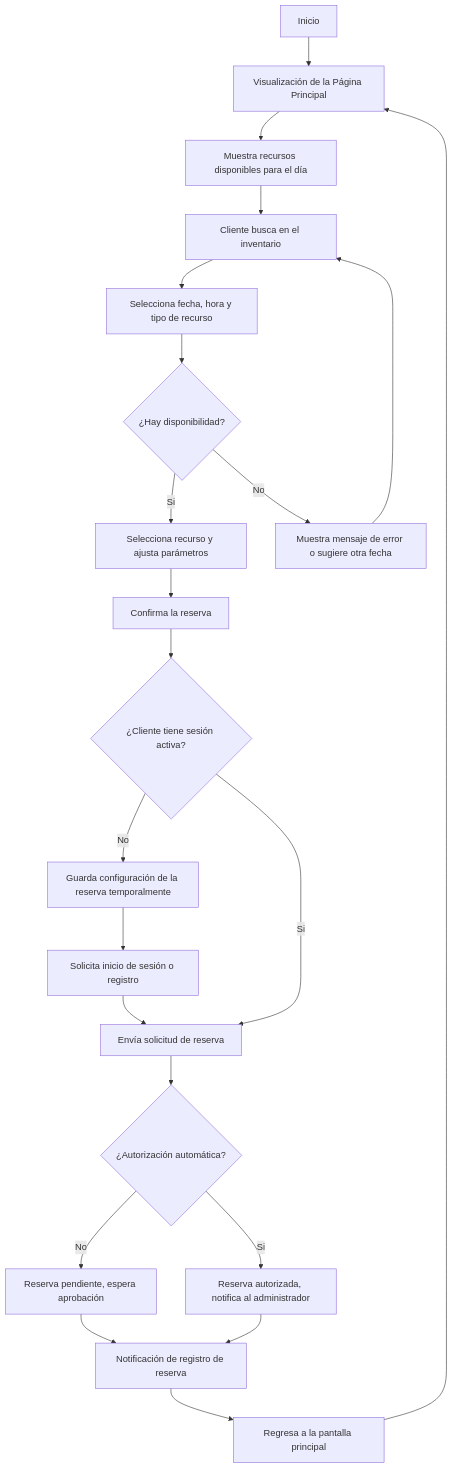
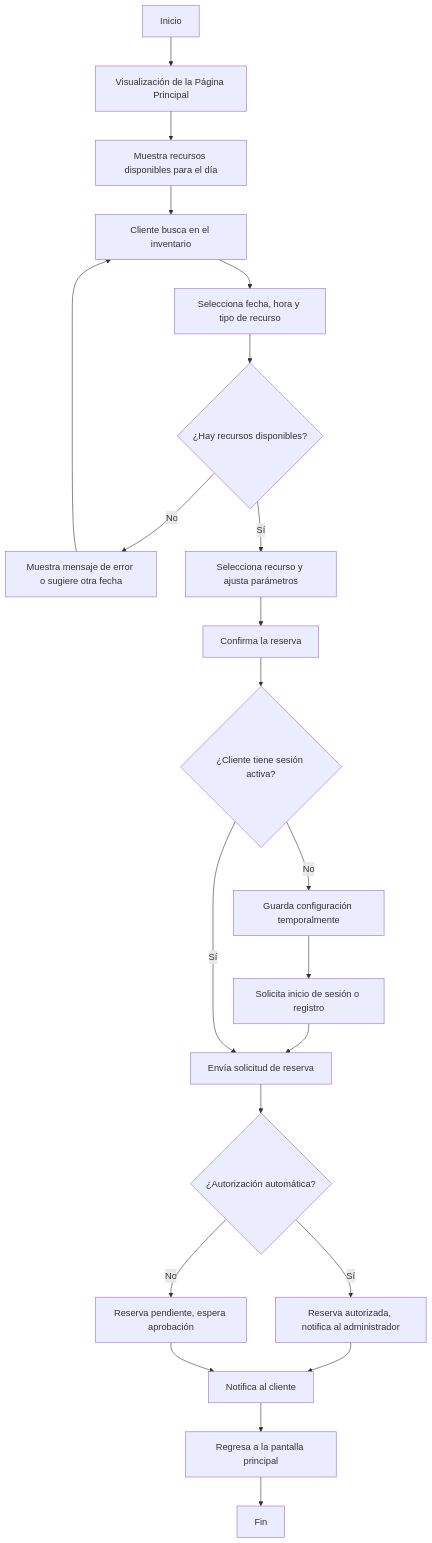
The fifth of 9 diagrams in docs/user-flow/reservation-flow.md (jose-angell/EventResourceReservationAppDocs), drawn with Mermaid before and after one commit. The commit also changed other lines of this file and 4 other files, not shown here.

Commit message:
se agregaron diagramas faltantes

````diff
--- a/docs/user-flow/reservation-flow.md
+++ b/docs/user-flow/reservation-flow.md
@@ -113,28 +190,29 @@
 ``` mermaid
 graph TD;
     A[Inicio] --> B[Visualización de la Página Principal]
     B --> C[Muestra recursos disponibles para el día]
     C --> D[Cliente busca en el inventario]
 
     D --> E[Selecciona fecha, hora y tipo de recurso]
-    E -->F{¿Hay disponibilidad?}
-    F -->|Si| H[Selecciona recurso y ajusta parámetros]
+    E --> F{¿Hay recursos disponibles?}
     F -->|No| G[Muestra mensaje de error o sugiere otra fecha]
     G --> D
+    F -->|Sí| H[Selecciona recurso y ajusta parámetros]
 
     H --> I[Confirma la reserva]
-    I -->J{¿Cliente tiene sesión activa?}
-    J -->|No| K[Guarda configuración de la reserva temporalmente]
-    K -->L[Solicita inicio de sesión o registro]
-    L --> M
+    I --> J{¿Cliente tiene sesión activa?}
+    J -->|No| K[Guarda configuración temporalmente]
+    K --> L[Solicita inicio de sesión o registro]
+    L --> M[Envía solicitud de reserva]
+    J -->|Sí| M
 
-    J -->|Si| M[Envía solicitud de reserva]
-    M --> N{¿Autorización automática?} 
-    N -->|No| O[Reserva pendiente, espera aprobación]
-    N -->|Si| P[Reserva autorizada, notifica al administrador]
-    O --> Q
+    M --> N{¿Autorización automática?}
+    N -->|Sí| O[Reserva autorizada, notifica al administrador]
+    N -->|No| P[Reserva pendiente, espera aprobación]
 
-    P --> Q[Notificación de registro de reserva]
+    O --> Q[Notifica al cliente]
+    P --> Q
     Q --> R[Regresa a la pantalla principal]
-    R --> B
+    R --> S[Fin]
+
 ```
````
